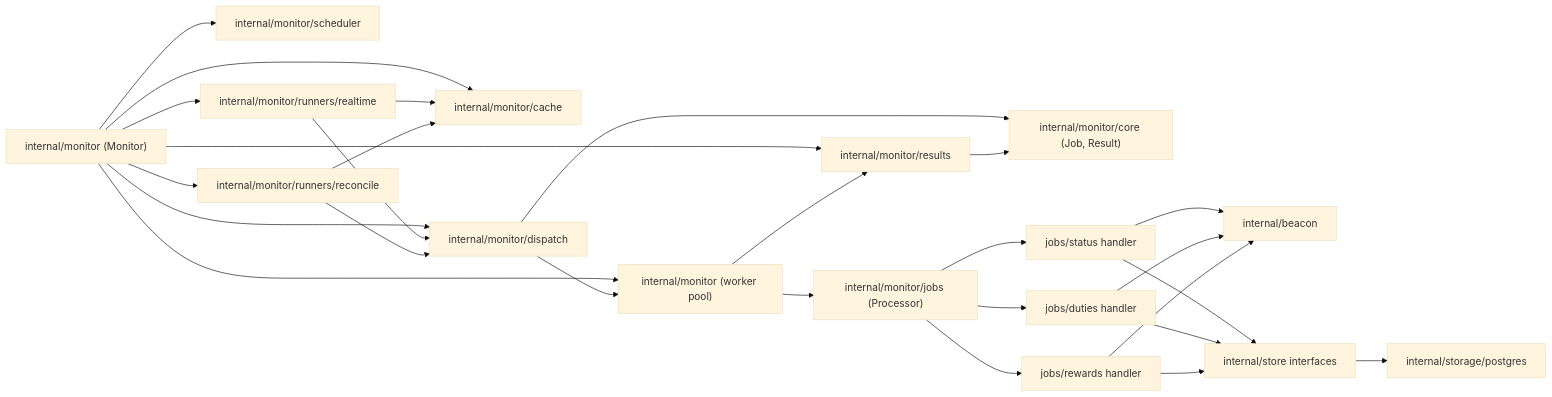
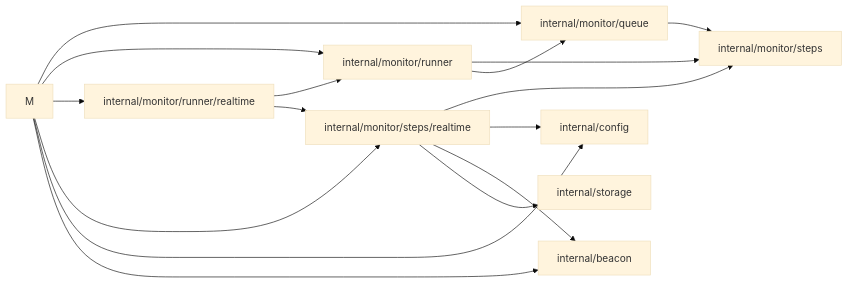
One commit to tharun-p/pauli changed the third of 3 diagrams in doc/monitor-e2e-flow.md. Above: the diagram before and after it, drawn with Mermaid (base theme). The commit also changed other lines of this file and 41 other files, not shown here.

First line of the commit message:
refactor(monitor): runner/steps/queue realtime loop; docs; beacon HTTP body close

````diff
--- a/doc/monitor-e2e-flow.md
+++ b/doc/monitor-e2e-flow.md
@@ -86,35 +49,19 @@
 ```mermaid
 flowchart LR
-  M["internal/monitor (Monitor)"] --> C["internal/monitor/cache"]
-  M --> S["internal/monitor/scheduler"]
-  M --> D["internal/monitor/dispatch"]
-  M --> W["internal/monitor (worker pool)"]
-  M --> RT["internal/monitor/runners/realtime"]
-  M --> RC["internal/monitor/runners/reconcile"]
-  M --> R["internal/monitor/results"]
+  M --> Q["internal/monitor/queue"]
+  M --> L["internal/monitor/runner"]
+  M --> Rt["internal/monitor/runner/realtime"]
+  M --> StRt["internal/monitor/steps/realtime"]
+  M --> Cf["internal/config"]
+  M --> B["internal/beacon"]
 
-  RT --> C
-  RT --> D
-  RC --> C
-  RC --> D
-
-  D --> Core["internal/monitor/core (Job, Result)"]
-  D --> W
-
-  W --> J["internal/monitor/jobs (Processor)"]
-  J --> H1["jobs/status handler"]
-  J --> H2["jobs/duties handler"]
-  J --> H3["jobs/rewards handler"]
-
-  H1 --> B["internal/beacon"]
-  H2 --> B
-  H3 --> B
-
-  H1 --> Store["internal/store interfaces"]
-  H2 --> Store
-  H3 --> Store
-  Store --> PG["internal/storage/postgres"]
-
-  W --> R
-  R --> Core
+  L --> St["internal/monitor/steps"]
+  Rt --> L
+  Rt --> StRt
+  StRt --> St
+  L --> Q
+  Q --> St
+  StRt --> Cf
+  StRt --> B
+  StRt --> Store["internal/storage"]
 ```
````
